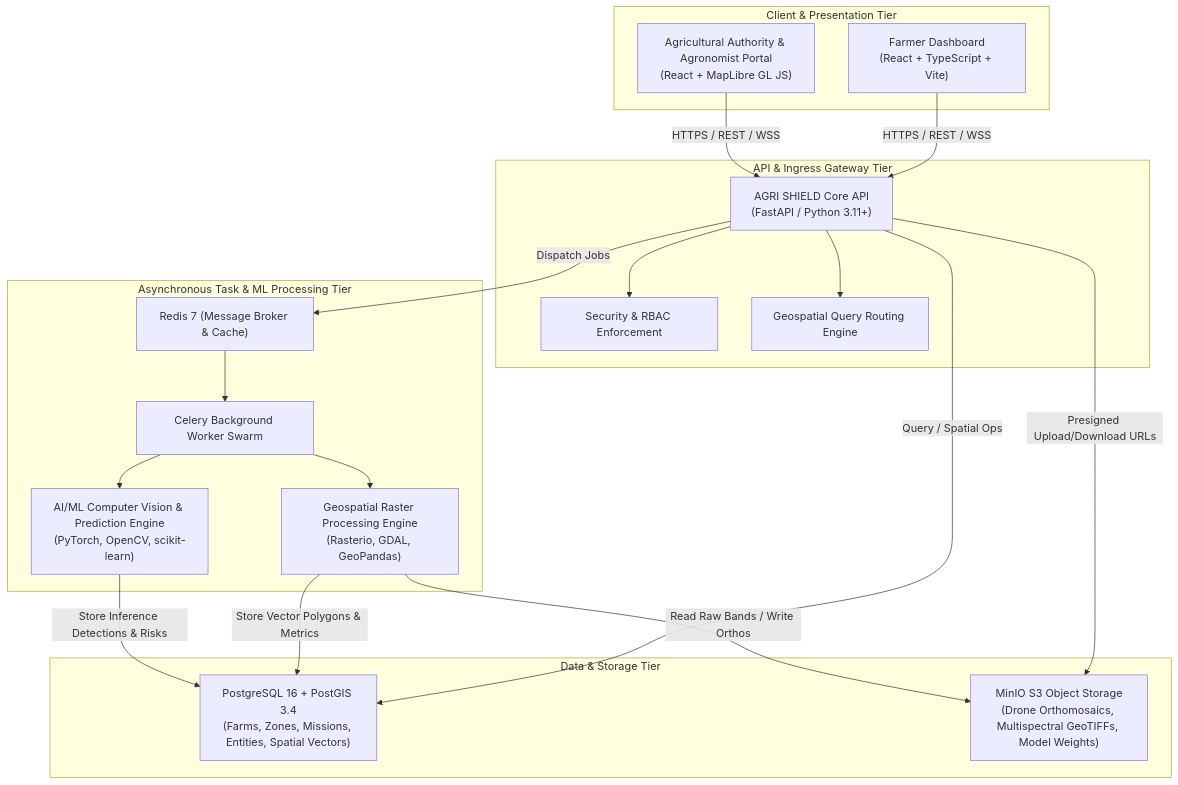
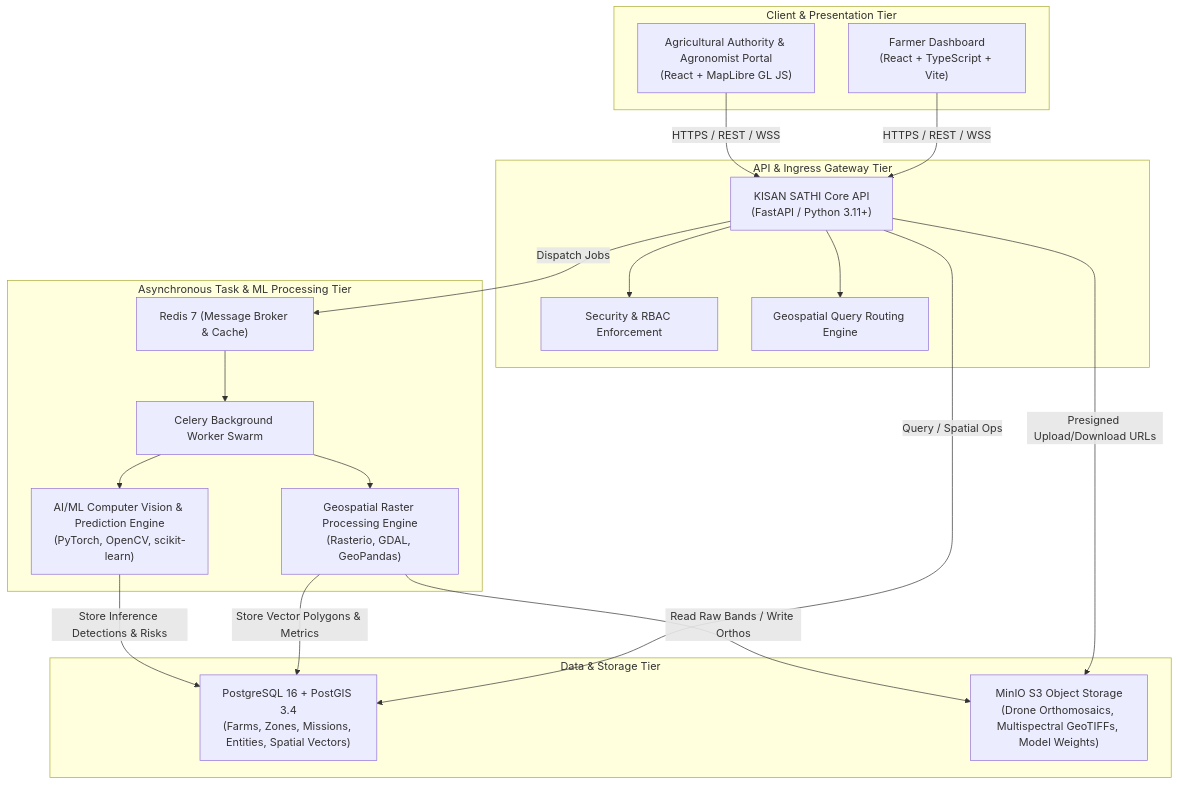
Before and after one commit to santoshkumarmahato17/crop_sih: the second of 2 diagrams in ARCHITECTURE.md, drawn with Mermaid. The commit also changed other lines of this file and 165 other files, not shown here.

````diff
--- a/ARCHITECTURE.md
+++ b/ARCHITECTURE.md
@@ -30,41 +30,41 @@
 ```mermaid
 flowchart TB
     subgraph ClientLayer["Client & Presentation Tier"]
         FarmerUI["Farmer Dashboard<br/>(React + TypeScript + Vite)"]
         AuthorityUI["Agricultural Authority & Agronomist Portal<br/>(React + MapLibre GL JS)"]
     end
 
     subgraph APILayer["API & Ingress Gateway Tier"]
-        FastAPI["AGRI SHIELD Core API<br/>(FastAPI / Python 3.11+)"]
+        FastAPI["KISAN SATHI Core API<br/>(FastAPI / Python 3.11+)"]
         AuthMiddleware["Security & RBAC Enforcement"]
         SpatialQueryEngine["Geospatial Query Routing Engine"]
     end
 
     subgraph ProcessingLayer["Asynchronous Task & ML Processing Tier"]
         CeleryWorkers["Celery Background Worker Swarm"]
         RedisBroker["Redis 7 (Message Broker & Cache)"]
         RasterEngine["Geospatial Raster Processing Engine<br/>(Rasterio, GDAL, GeoPandas)"]
         MLEngine["AI/ML Computer Vision & Prediction Engine<br/>(PyTorch, OpenCV, scikit-learn)"]
     end
 
     subgraph PersistenceLayer["Data & Storage Tier"]
         PostgreSQL["PostgreSQL 16 + PostGIS 3.4<br/>(Farms, Zones, Missions, Entities, Spatial Vectors)"]
         MinIO["MinIO S3 Object Storage<br/>(Drone Orthomosaics, Multispectral GeoTIFFs, Model Weights)"]
     end
 
     FarmerUI -->|HTTPS / REST / WSS| FastAPI
     AuthorityUI -->|HTTPS / REST / WSS| FastAPI
 
     FastAPI --> AuthMiddleware
     FastAPI --> SpatialQueryEngine
     FastAPI -->|Query / Spatial Ops| PostgreSQL
     FastAPI -->|Dispatch Jobs| RedisBroker
     FastAPI -->|Presigned Upload/Download URLs| MinIO
 
     RedisBroker --> CeleryWorkers
     CeleryWorkers --> RasterEngine
     CeleryWorkers --> MLEngine
     RasterEngine -->|Read Raw Bands / Write Orthos| MinIO
     RasterEngine -->|Store Vector Polygons & Metrics| PostgreSQL
     MLEngine -->|Store Inference Detections & Risks| PostgreSQL
 ```
````
